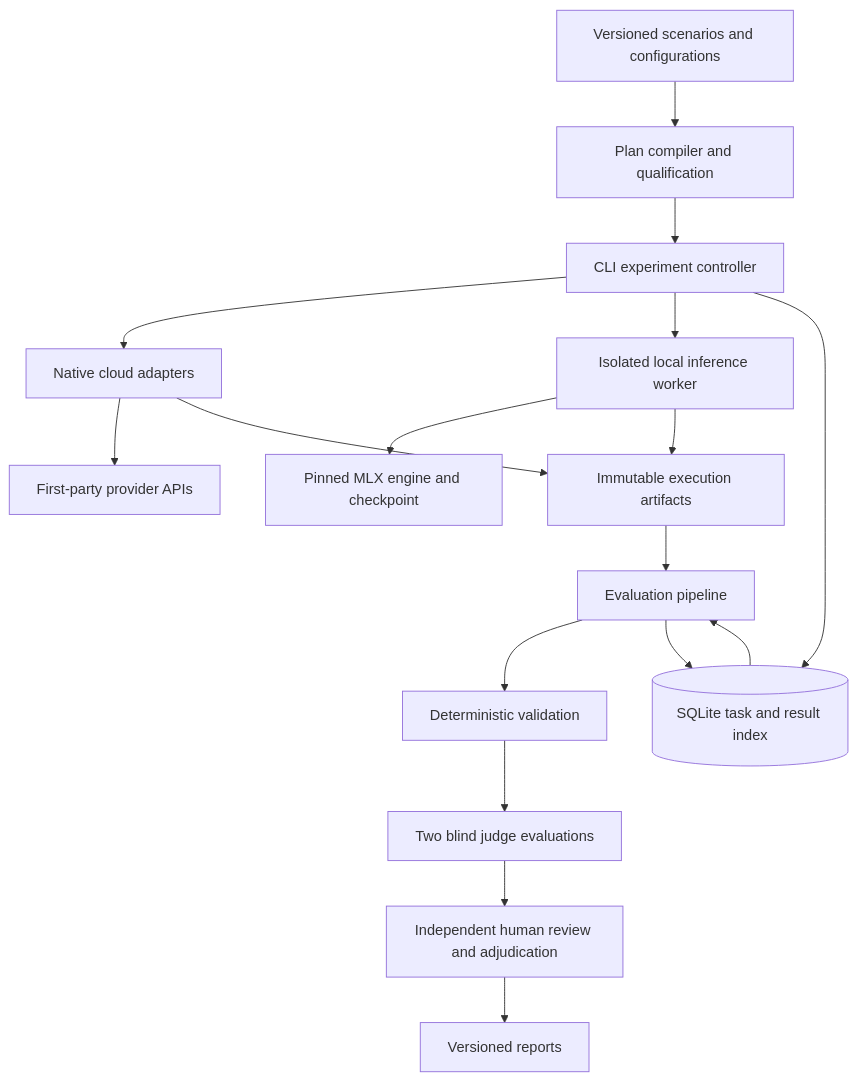
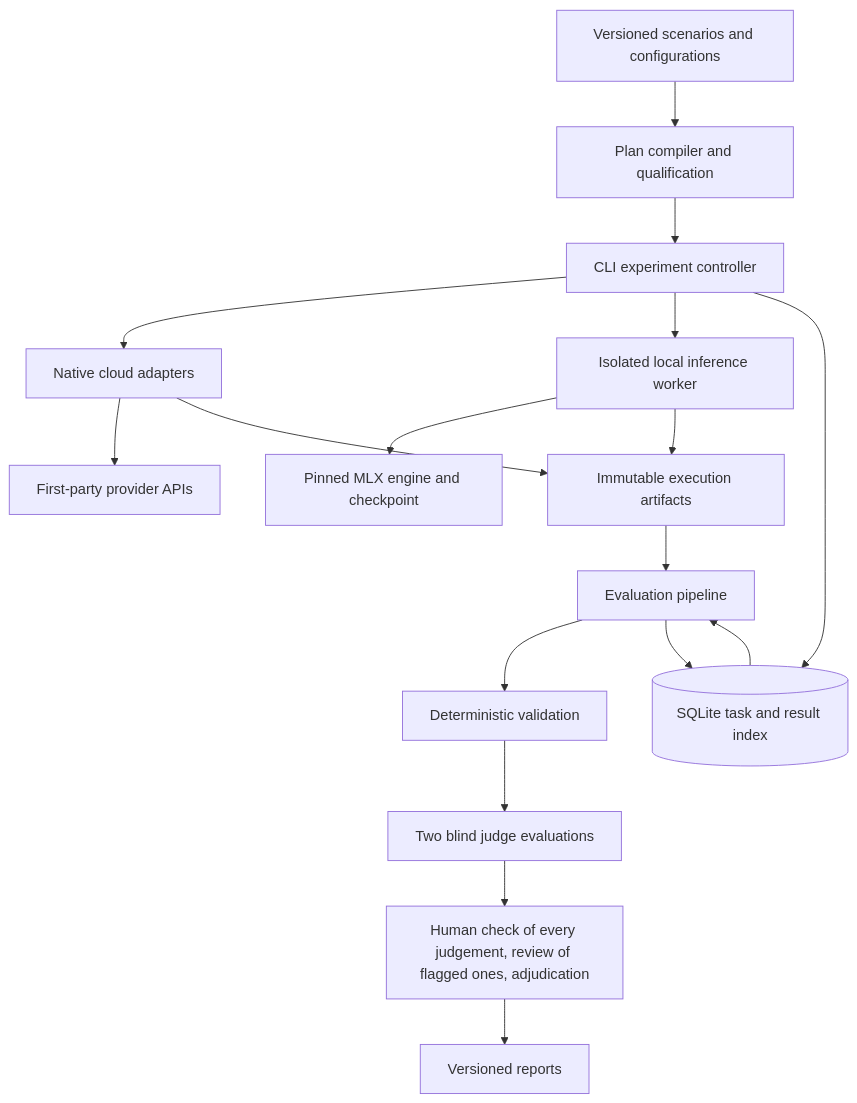
Before and after one commit to alexkhomenko/agentic-judgement-benchmark: the diagram in architecture.md, drawn with Mermaid. The commit also changed other lines of this file and 70 other files, not shown here.

````diff
--- a/architecture.md
+++ b/architecture.md
@@ -13,19 +13,19 @@
 ```mermaid
 flowchart TD
     S[Versioned scenarios and configurations] --> P[Plan compiler and qualification]
     P --> C[CLI experiment controller]
     C --> A[Native cloud adapters]
     C --> L[Isolated local inference worker]
     A --> N[First-party provider APIs]
     L --> M[Pinned MLX engine and checkpoint]
     C --> D[(SQLite task and result index)]
     A --> F[Immutable execution artifacts]
     L --> F
     D --> E[Evaluation pipeline]
     F --> E
     E --> V[Deterministic validation]
     V --> J[Two blind judge evaluations]
-    J --> H[Independent human review and adjudication]
+    J --> H[Human check of every judgement, review of flagged ones, adjudication]
     H --> R[Versioned reports]
     E --> D
 ```
````
